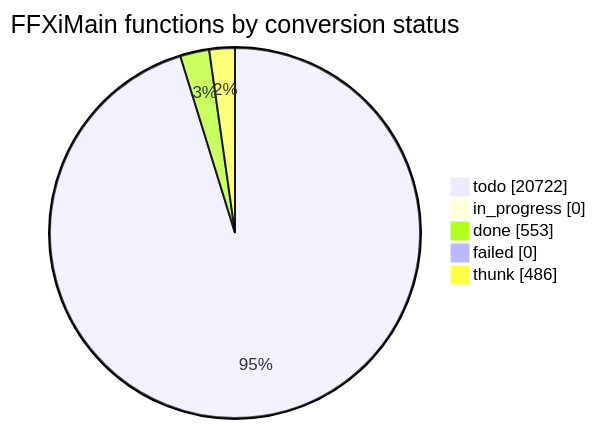
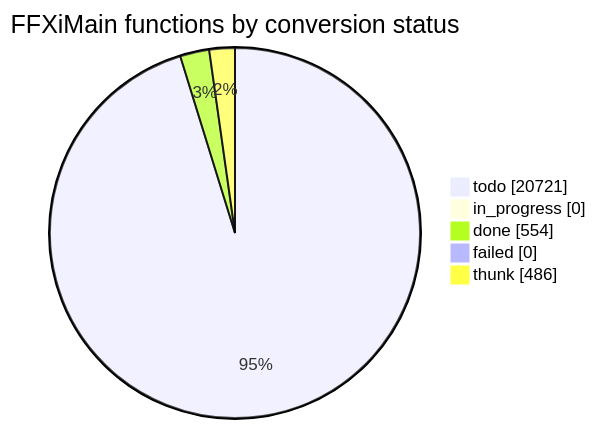
The diagram in docs/cow/STATUS.md (cowrevenge/cow_kuluu_xi_anything), drawn with Mermaid before and after one commit. The commit also changed other lines of this file and 9 other files, not shown here.

````diff
--- a/docs/cow/STATUS.md
+++ b/docs/cow/STATUS.md
@@ -18,9 +18,9 @@
 ```mermaid
 pie showData
     title FFXiMain functions by conversion status
-    "todo" : 20722
+    "todo" : 20721
     "in_progress" : 0
-    "done" : 553
+    "done" : 554
     "failed" : 0
     "thunk" : 486
 ```
````
